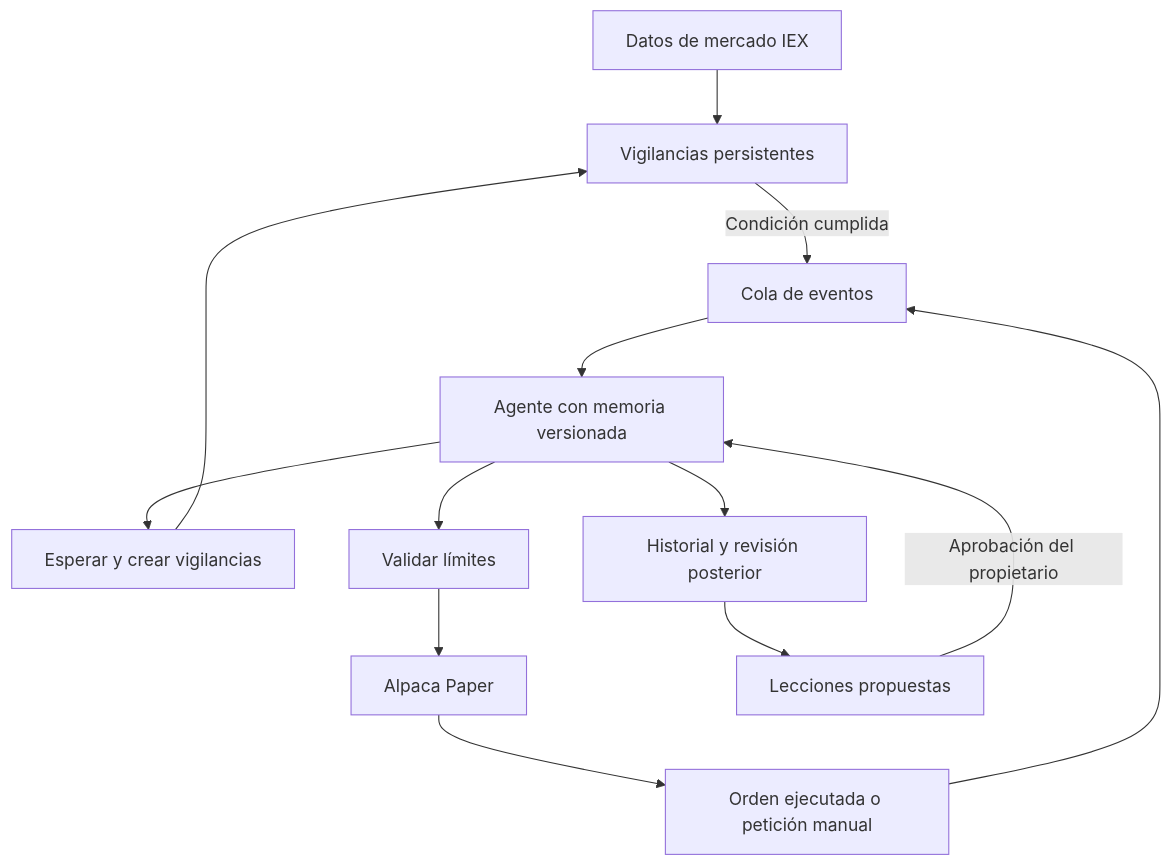
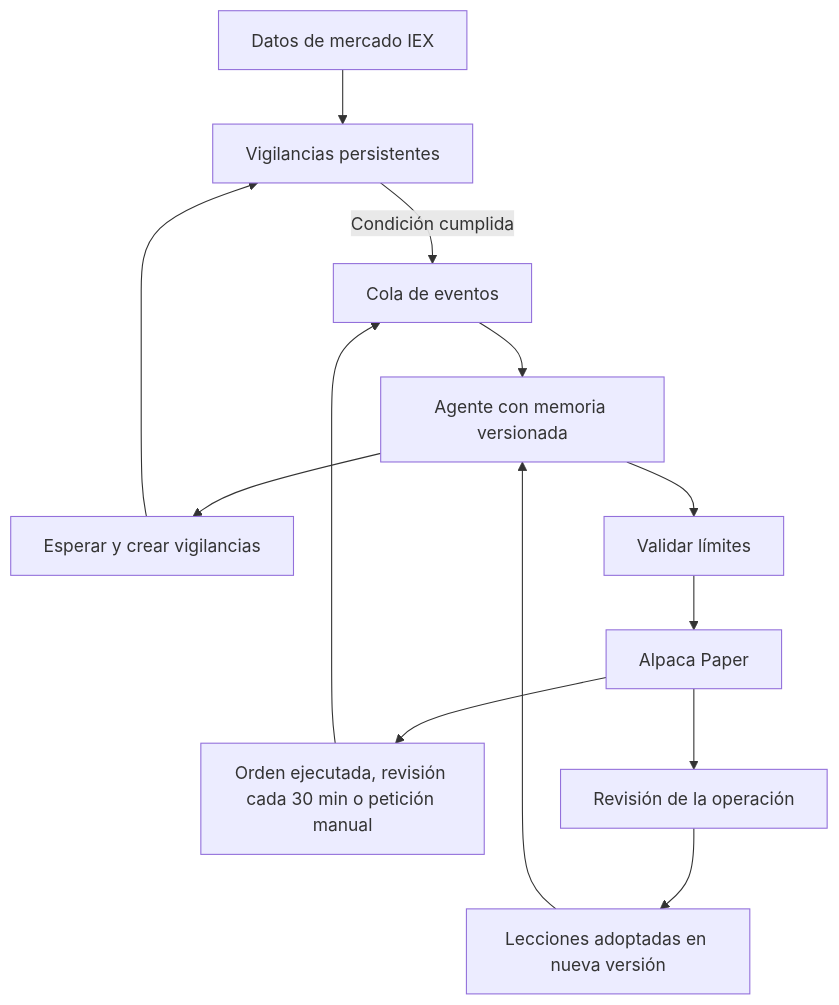
The diagram in README.md (Dasge97/Meridian), drawn with Mermaid before and after one commit. The commit also changed other lines of this file and 14 other files, not shown here.

````diff
--- a/README.md
+++ b/README.md
@@ -46,15 +46,15 @@
 ```mermaid
 flowchart TD
   A[Datos de mercado IEX] --> B[Vigilancias persistentes]
   B -->|Condición cumplida| C[Cola de eventos]
-  D[Orden ejecutada o petición manual] --> C
+  D[Orden ejecutada, revisión cada 30 min o petición manual] --> C
   C --> E[Agente con memoria versionada]
   E --> F[Esperar y crear vigilancias]
   F --> B
   E --> G[Validar límites]
   G --> H[Alpaca Paper]
   H --> D
-  E --> I[Historial y revisión posterior]
-  I --> J[Lecciones propuestas]
-  J -->|Aprobación del propietario| E
+  H --> I[Revisión de la operación]
+  I --> J[Lecciones adoptadas en nueva versión]
+  J --> E
 ```
````
